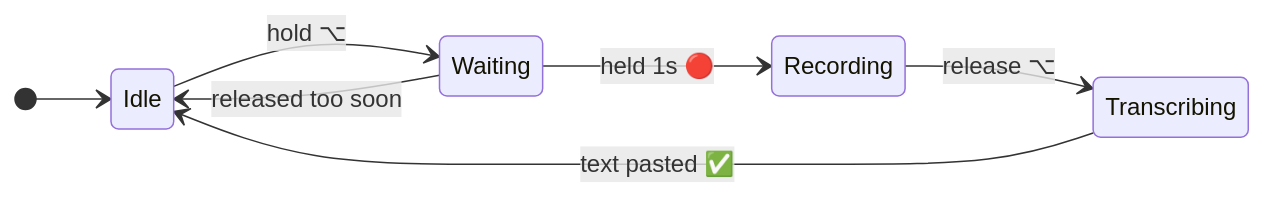
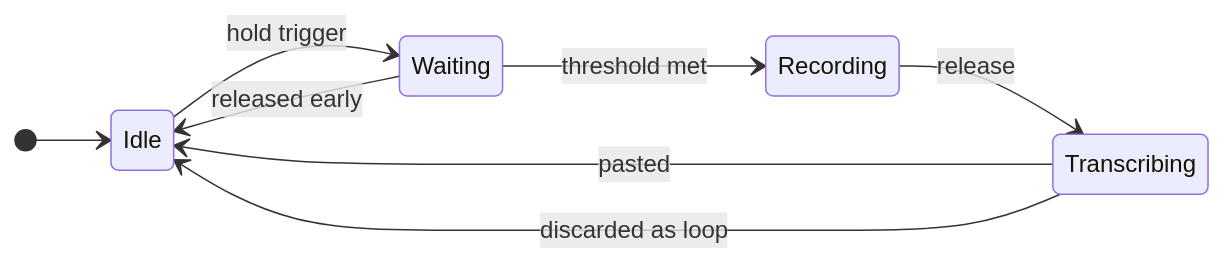
The diagram in README.md (shivamdixit17/whisperlocal), drawn with Mermaid before and after one commit. The commit also changed other lines of this file and 8 other files, not shown here.

````diff
--- a/README.md
+++ b/README.md
@@ -57,10 +57,11 @@
 ```mermaid
 stateDiagram-v2
     direction LR
     [*] --> Idle
-    Idle --> Waiting: hold ⌥
-    Waiting --> Idle: released too soon
-    Waiting --> Recording: held 1s 🔴
-    Recording --> Transcribing: release ⌥
-    Transcribing --> Idle: text pasted ✅
+    Idle --> Waiting: hold trigger
+    Waiting --> Idle: released early
+    Waiting --> Recording: threshold met
+    Recording --> Transcribing: release
+    Transcribing --> Idle: pasted
+    Transcribing --> Idle: discarded as loop
 ```
````
